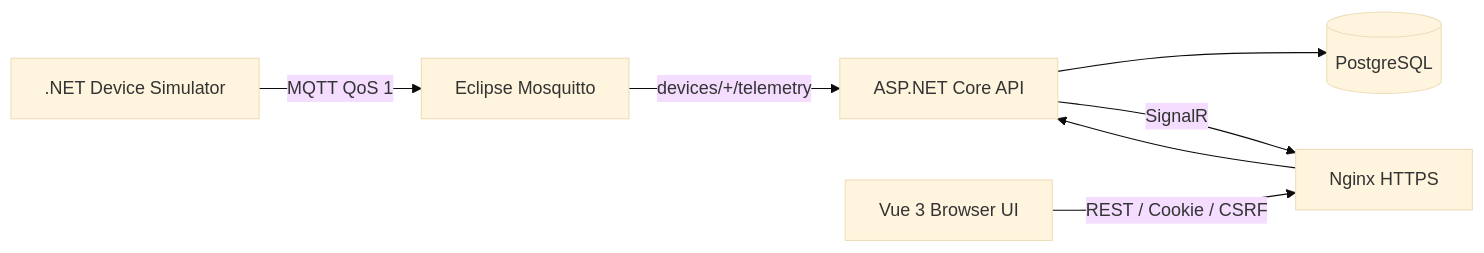
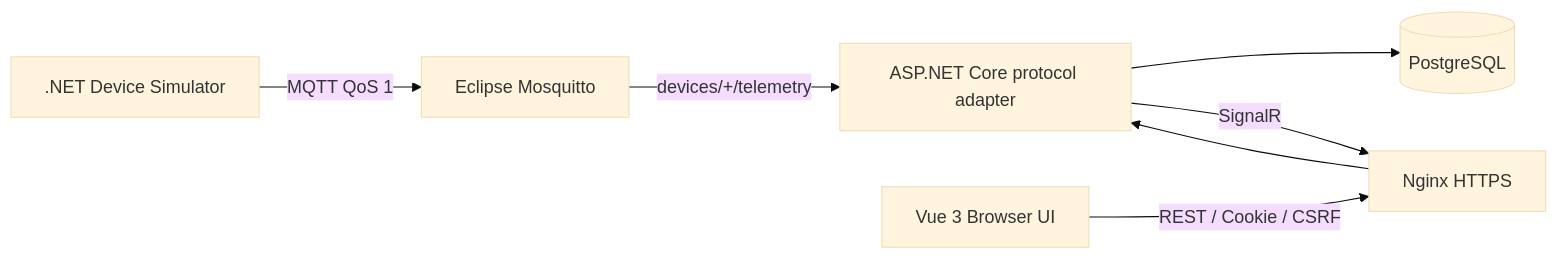
One commit to OliverTsai/IoT_System changed the diagram in README.md. Above: the diagram before and after it, drawn with Mermaid (base theme). The commit also changed other lines of this file and 33 other files, not shown here.

````diff
--- a/README.md
+++ b/README.md
@@ -21,9 +22,9 @@
 ```mermaid
 flowchart LR
     Simulator[.NET Device Simulator] -->|MQTT QoS 1| Broker[Eclipse Mosquitto]
-    Broker -->|devices/+/telemetry| Api[ASP.NET Core API]
+    Broker -->|devices/+/telemetry| Api[ASP.NET Core protocol adapter]
     Api --> Database[(PostgreSQL)]
     Api -->|SignalR| Proxy[Nginx HTTPS]
     Browser[Vue 3 Browser UI] -->|REST / Cookie / CSRF| Proxy
     Proxy --> Api
 ```
````
